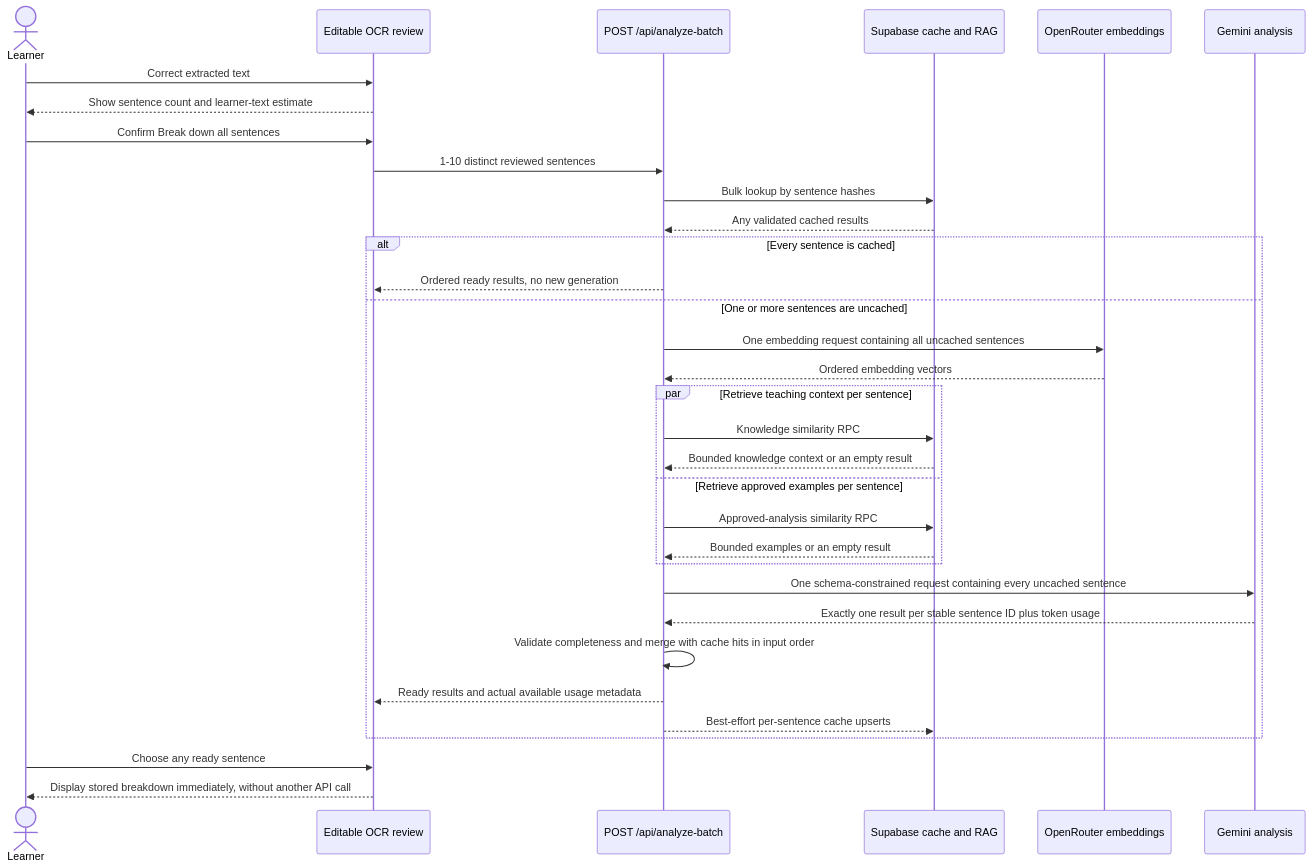
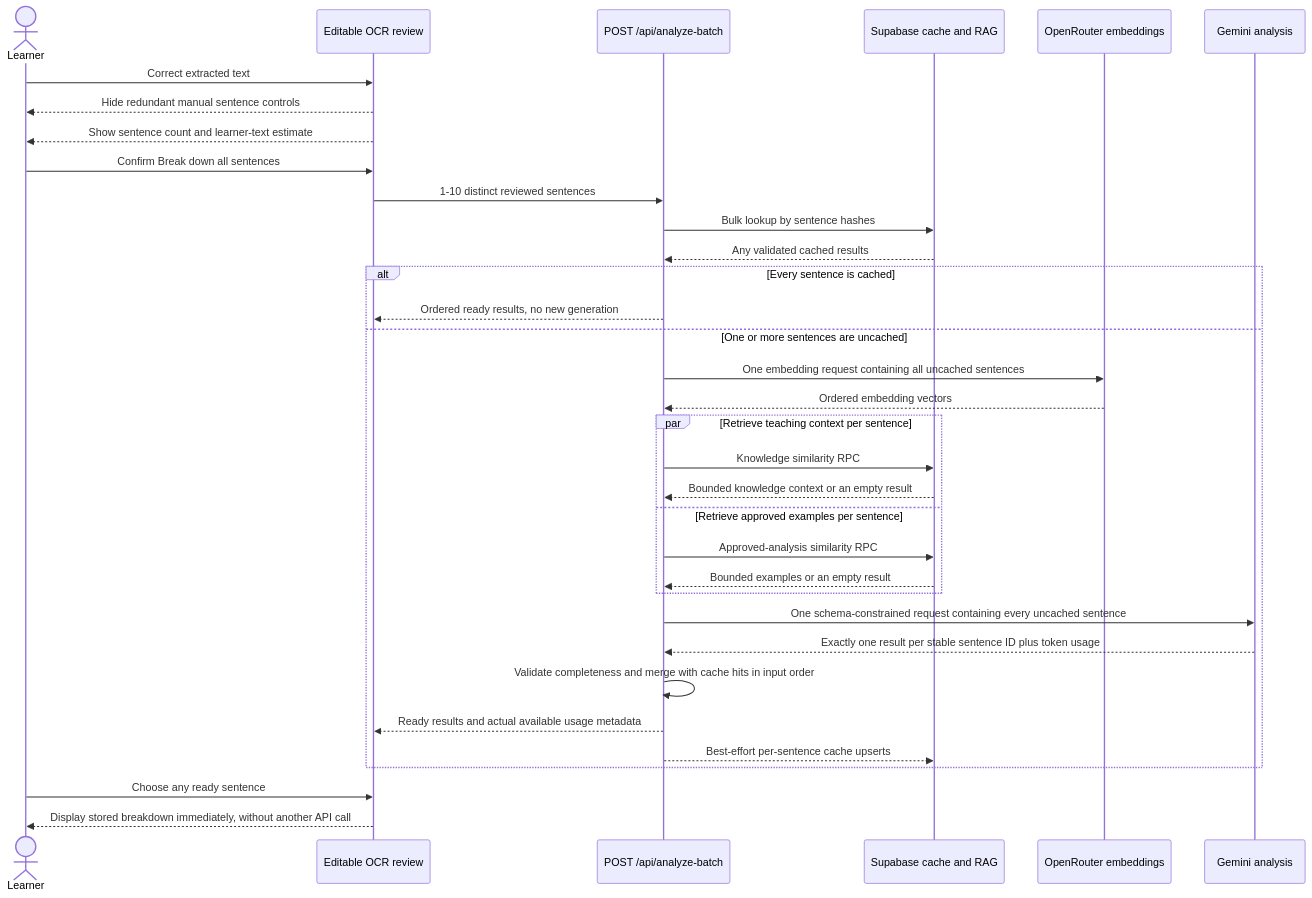
Before and after one commit to IckeNount/caffeine: the third of 5 diagrams in README.md, drawn with Mermaid. The commit also changed other lines of this file, not shown here.

Commit message:
docs: align README with focused OCR flow

````diff
--- a/README.md
+++ b/README.md
@@ -211,38 +212,39 @@
 ```mermaid
 sequenceDiagram
     actor Learner
     participant UI as Editable OCR review
     participant API as POST /api/analyze-batch
     participant DB as Supabase cache and RAG
     participant OR as OpenRouter embeddings
     participant Gemini as Gemini analysis
 
     Learner->>UI: Correct extracted text
+    UI-->>Learner: Hide redundant manual sentence controls
     UI-->>Learner: Show sentence count and learner-text estimate
     Learner->>UI: Confirm Break down all sentences
     UI->>API: 1-10 distinct reviewed sentences
     API->>DB: Bulk lookup by sentence hashes
     DB-->>API: Any validated cached results
 
     alt Every sentence is cached
         API-->>UI: Ordered ready results, no new generation
     else One or more sentences are uncached
         API->>OR: One embedding request containing all uncached sentences
         OR-->>API: Ordered embedding vectors
         par Retrieve teaching context per sentence
             API->>DB: Knowledge similarity RPC
             DB-->>API: Bounded knowledge context or an empty result
         and Retrieve approved examples per sentence
             API->>DB: Approved-analysis similarity RPC
             DB-->>API: Bounded examples or an empty result
         end
         API->>Gemini: One schema-constrained request containing every uncached sentence
         Gemini-->>API: Exactly one result per stable sentence ID plus token usage
         API->>API: Validate completeness and merge with cache hits in input order
         API-->>UI: Ready results and actual available usage metadata
         API-->>DB: Best-effort per-sentence cache upserts
     end
 
     Learner->>UI: Choose any ready sentence
     UI-->>Learner: Display stored breakdown immediately, without another API call
 ```
````
